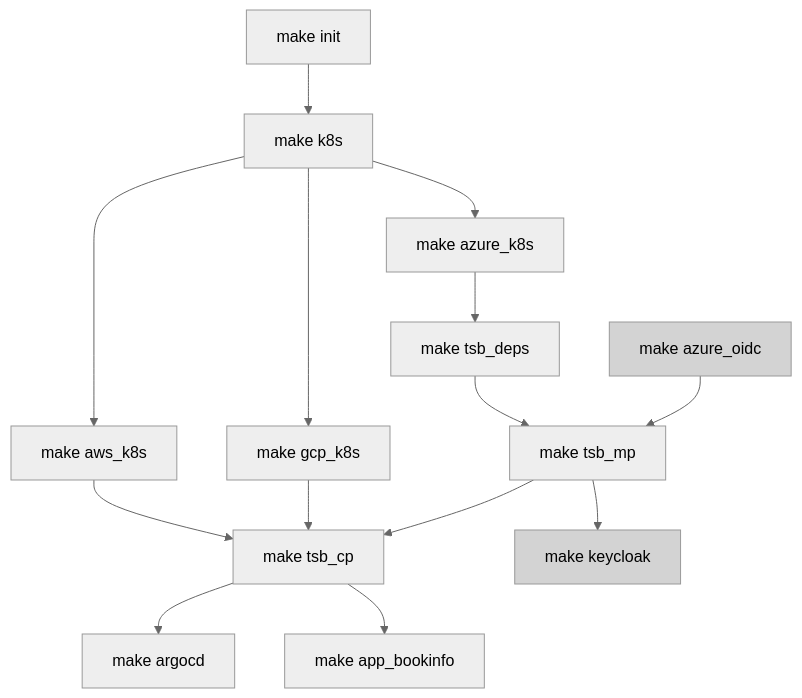
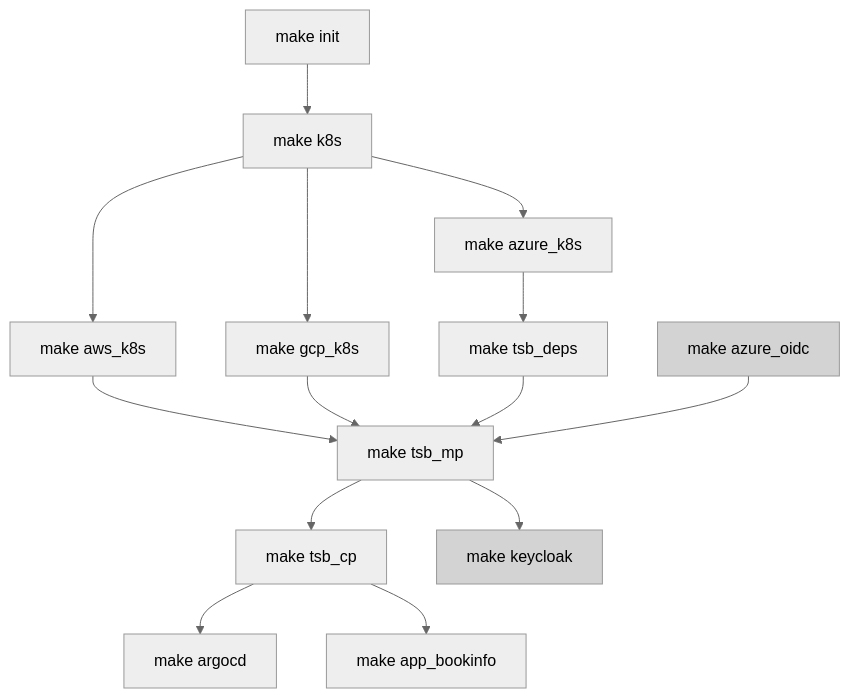
The diagram in README.md (tetratelabs/tetrate-service-bridge-sandbox), drawn with Mermaid (neutral theme) before and after one commit.

````diff
--- a/README.md
+++ b/README.md
@@ -9,18 +9,18 @@
 ```mermaid
   graph TD;
       I[make init] --> AAA[make k8s]
       AAA[make k8s] --> A[make azure_k8s]
       AAA[make k8s] --> AA[make aws_k8s]
       AAA[make k8s] --> AAAA[make gcp_k8s]
       A[make azure_k8s] --> B[make tsb_deps]
-      AA[make aws_k8s] --> D[make tsb_cp]
-      AAAA[make gcp_k8s] --> D[make tsb_cp]
+      AA[make aws_k8s] --> C[make tsb_mp]
+      AAAA[make gcp_k8s] --> C[make tsb_mp]
       B[make tsb_deps] --> C[make tsb_mp]
       Y[make azure_oidc] --> C[make tsb_mp]
       C[make tsb_mp] --> D[make tsb_cp]
       C[make tsb_mp] --> F[make keycloak]
       D[make tsb_cp] --> E[make argocd]
       D[make tsb_cp] --> Z[make app_bookinfo]
       style Y fill:lightgrey
       style F fill:lightgrey
 ```
````
